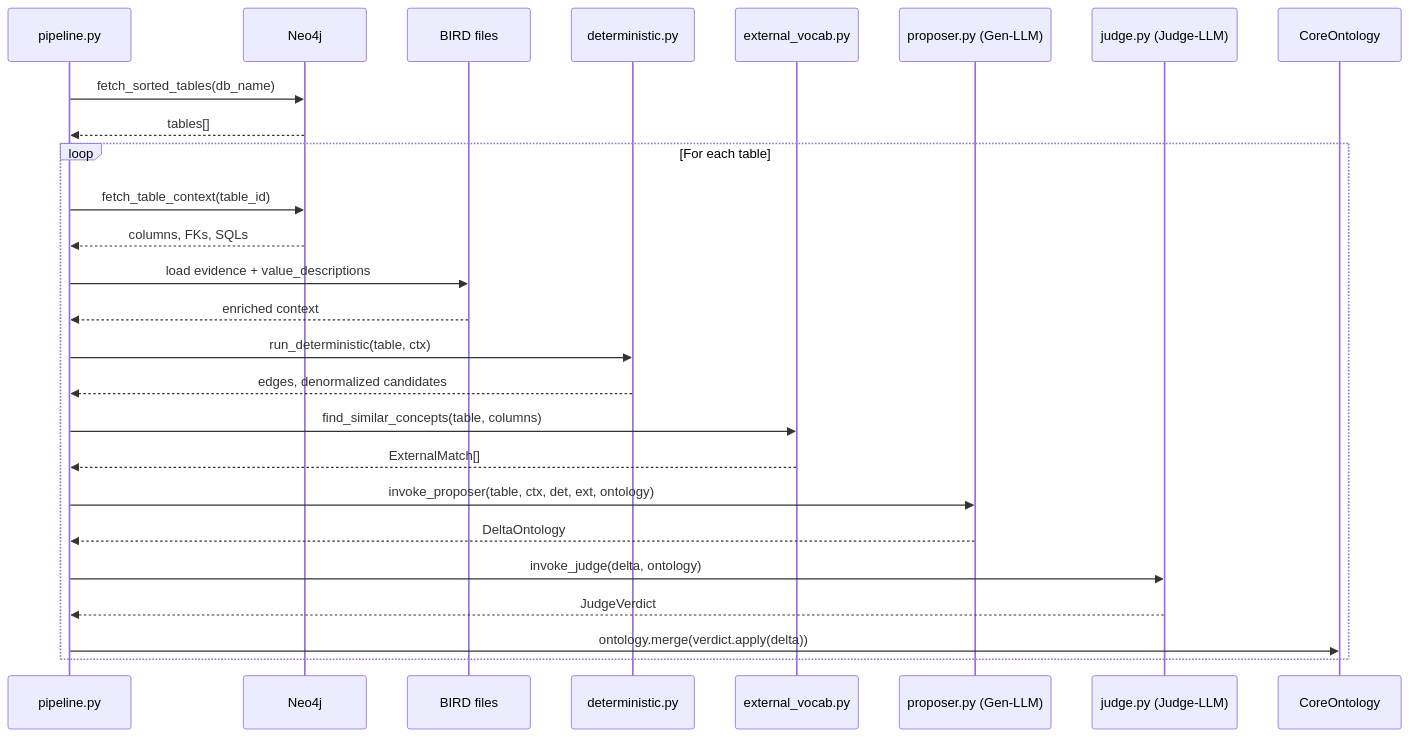
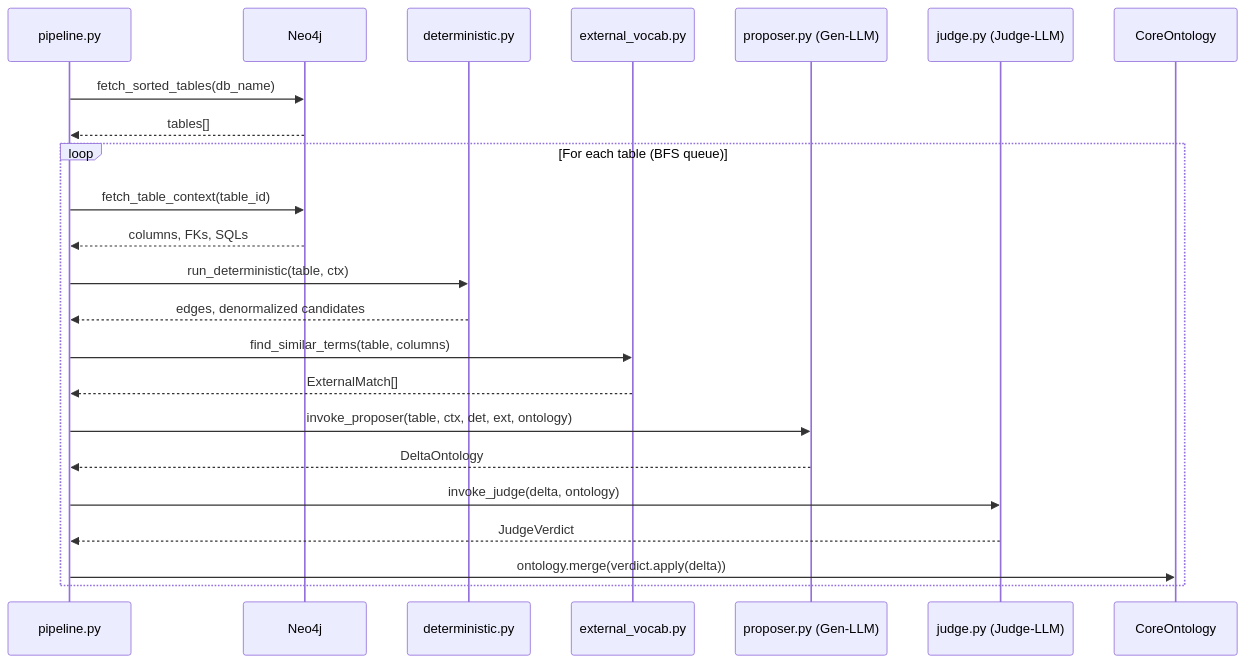
The diagram in gsf/ontology/rigor/diagrams/sequence.mmd (Manushpm8/auto-ontology), drawn with Mermaid before and after one commit. The commit also changed 11 other files, not shown here.

```diff
--- a/gsf/ontology/rigor/diagrams/sequence.mmd
+++ b/gsf/ontology/rigor/diagrams/sequence.mmd
@@ -1,28 +1,25 @@
 sequenceDiagram
     participant P as pipeline.py
     participant N as Neo4j
-    participant B as BIRD files
     participant D as deterministic.py
     participant E as external_vocab.py
     participant G as proposer.py (Gen-LLM)
     participant J as judge.py (Judge-LLM)
     participant O as CoreOntology
 
     P->>N: fetch_sorted_tables(db_name)
     N-->>P: tables[]
 
-    loop For each table
+    loop For each table (BFS queue)
         P->>N: fetch_table_context(table_id)
         N-->>P: columns, FKs, SQLs
-        P->>B: load evidence + value_descriptions
-        B-->>P: enriched context
         P->>D: run_deterministic(table, ctx)
         D-->>P: edges, denormalized candidates
-        P->>E: find_similar_concepts(table, columns)
+        P->>E: find_similar_terms(table, columns)
         E-->>P: ExternalMatch[]
         P->>G: invoke_proposer(table, ctx, det, ext, ontology)
         G-->>P: DeltaOntology
         P->>J: invoke_judge(delta, ontology)
         J-->>P: JudgeVerdict
         P->>O: ontology.merge(verdict.apply(delta))
     end
```
